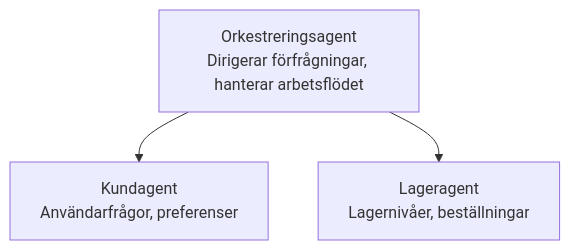
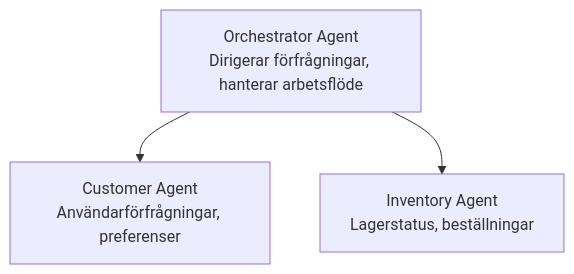
Before and after one commit to microsoft/AZD-for-beginners: the diagram in translations/sv/docs/chapter-05-multi-agent/README.md, drawn with Mermaid. The commit also changed other lines of this file and 59 other files, not shown here.

````diff
--- a/translations/sv/docs/chapter-05-multi-agent/README.md
+++ b/translations/sv/docs/chapter-05-multi-agent/README.md
@@ -54,5 +54,5 @@
 ```mermaid
 graph TD
-    Orchestrator[Orkestreringsagent<br/>Dirigerar förfrågningar, hanterar arbetsflödet] --> Customer[Kundagent<br/>Användarfrågor, preferenser]
-    Orchestrator --> Inventory[Lageragent<br/>Lagernivåer, beställningar]
+    Orchestrator[Orchestrator Agent<br/>Dirigerar förfrågningar, hanterar arbetsflöde] --> Customer[Customer Agent<br/>Användarförfrågningar, preferenser]
+    Orchestrator --> Inventory[Inventory Agent<br/>Lagerstatus, beställningar]
 ```
````
